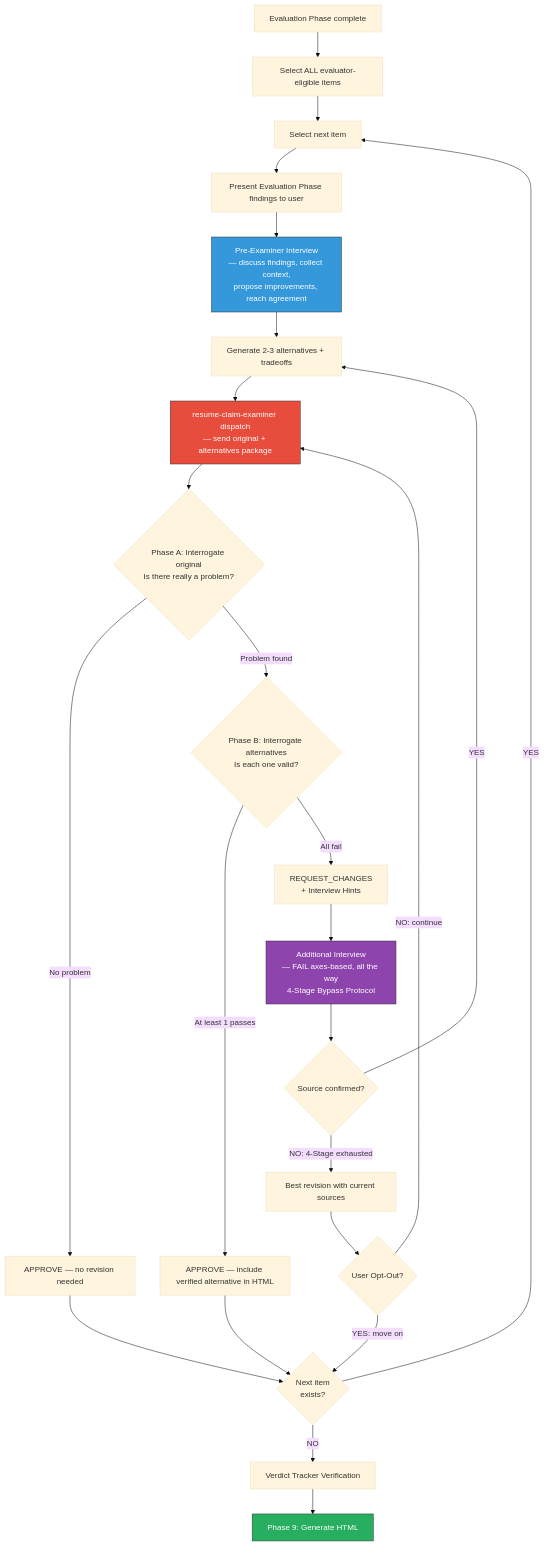
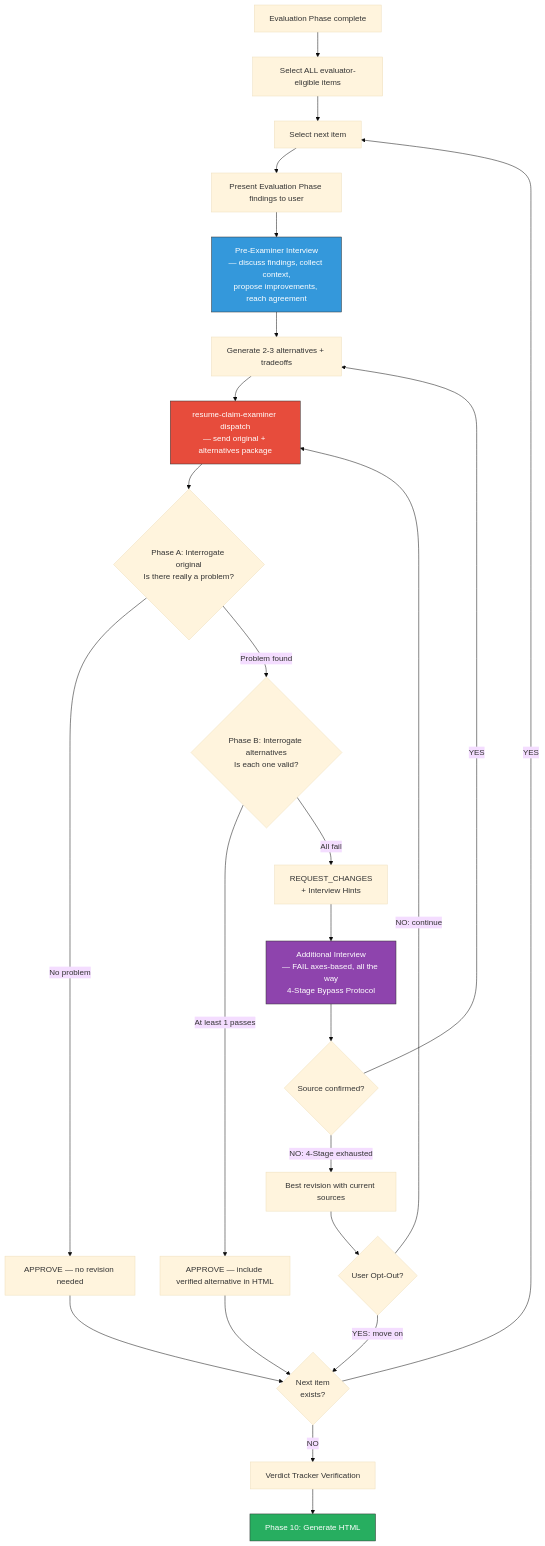
Before and after one commit to toongri/oh-my-toong-playground: the diagram in skills/review-resume/references/content-quality-gate.md, drawn with Mermaid (base theme). The commit also changed other lines of this file, not shown here.

Commit message:
feat: content-quality-gate 인터뷰 불가 모드 및 Phase 번호 갱신

````diff
--- a/skills/review-resume/references/content-quality-gate.md
+++ b/skills/review-resume/references/content-quality-gate.md
@@ -304,36 +323,36 @@
 ```mermaid
 flowchart TB
     A[Evaluation Phase complete] --> B[Select ALL evaluator-eligible items]
     B --> C[Select next item]
     C --> PRESENT[Present Evaluation Phase findings to user]
     PRESENT --> INTERVIEW_PRE[Pre-Examiner Interview\n— discuss findings, collect context,\npropose improvements, reach agreement]
     INTERVIEW_PRE --> D[Generate 2-3 alternatives + tradeoffs]
     D --> H[resume-claim-examiner dispatch\n— send original + alternatives package]
 
     H --> DIAG{Phase A: Interrogate original\nIs there really a problem?}
     DIAG -->|No problem| APPROVE_ORIG[APPROVE — no revision needed]
     DIAG -->|Problem found| ALTEVAL{Phase B: Interrogate alternatives\nIs each one valid?}
 
     ALTEVAL -->|At least 1 passes| APPROVE_ALT[APPROVE — include verified alternative in HTML]
     ALTEVAL -->|All fail| K[REQUEST_CHANGES\n+ Interview Hints]
 
     K --> L[Additional Interview\n— FAIL axes-based, all the way\n4-Stage Bypass Protocol]
     L --> M{Source confirmed?}
     M -->|YES| D
     M -->|NO: 4-Stage exhausted| N[Best revision with current sources]
     N --> O{User Opt-Out?}
     O -->|YES: move on| J
     O -->|NO: continue| H
 
     APPROVE_ORIG --> J{Next item\nexists?}
     APPROVE_ALT --> J
 
     J -->|YES| C
     J -->|NO| VERDICT[Verdict Tracker Verification]
-    VERDICT --> P[Phase 9: Generate HTML]
+    VERDICT --> P[Phase 10: Generate HTML]
 
     style H fill:#e74c3c,stroke:#333,color:#fff
     style INTERVIEW_PRE fill:#3498db,stroke:#333,color:#fff
     style L fill:#8e44ad,stroke:#333,color:#fff
     style P fill:#27ae60,stroke:#333,color:#fff
 ```
````
